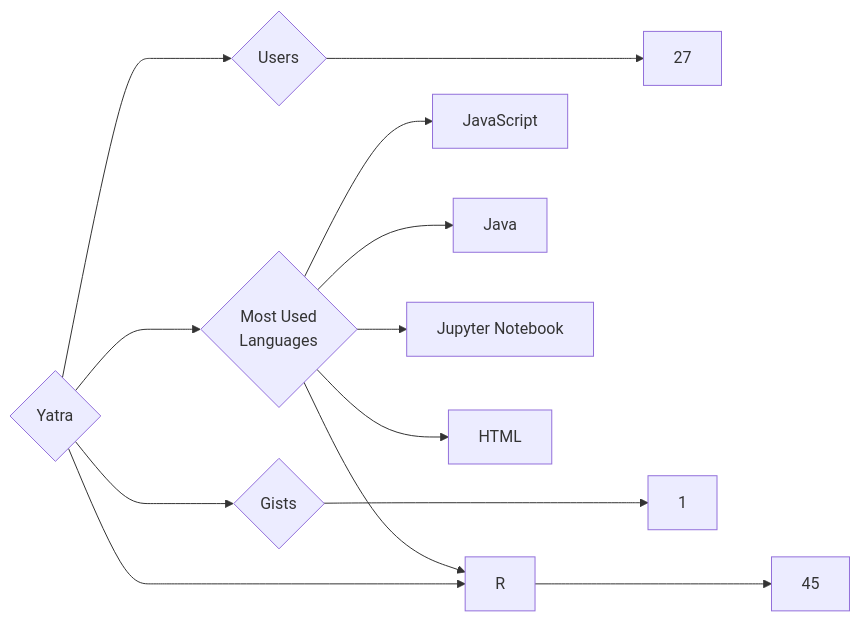
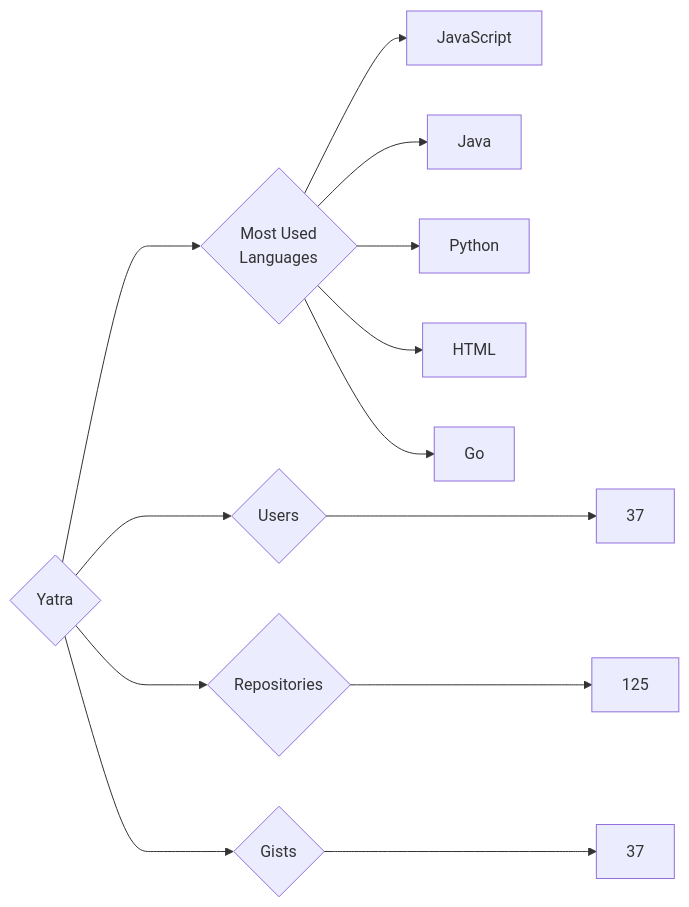
Before and after one commit to trickest/insiders: the diagram in targets/Yatra/README.md, drawn with Mermaid. The commit also changed 582 other files, not shown here.

````diff
--- a/targets/Yatra/README.md
+++ b/targets/Yatra/README.md
@@ -3,13 +3,13 @@
 ```mermaid
 graph LR
 COMPANY_NAME{Yatra}
-COMPANY_NAME ---> U{Users} ---> UN[27]
-COMPANY_NAME ---> R{Repositories} ---> RN[45]
-COMPANY_NAME ---> G{Gists} ---> GN[1]
+COMPANY_NAME ---> U{Users} ---> UN[37]
+COMPANY_NAME ---> R{Repositories} ---> RN[125]
+COMPANY_NAME ---> G{Gists} ---> GN[37]
 COMPANY_NAME ---> ML{Most Used<br>Languages}
 ML --> JavaScript[JavaScript]
 ML --> Java[Java]
-ML --> R[R]
-ML --> Jupyter_Notebook[Jupyter Notebook]
+ML --> Python[Python]
 ML --> HTML[HTML]
+ML --> Go[Go]
 ```
````
